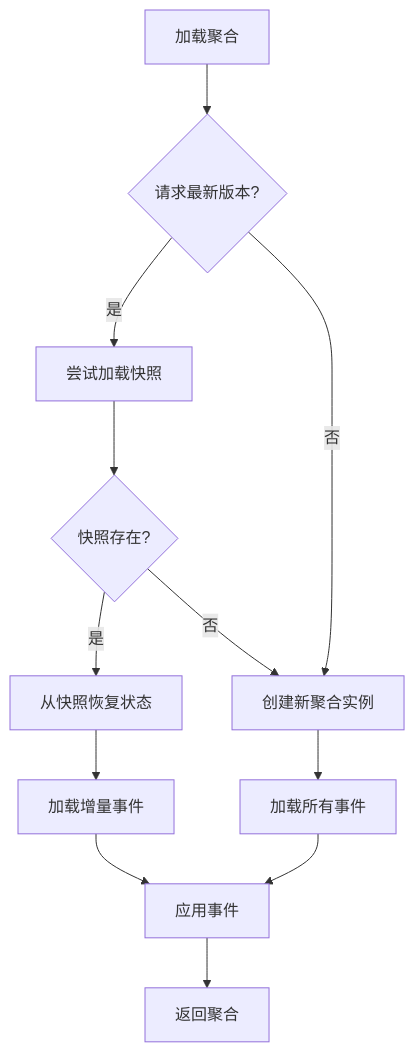
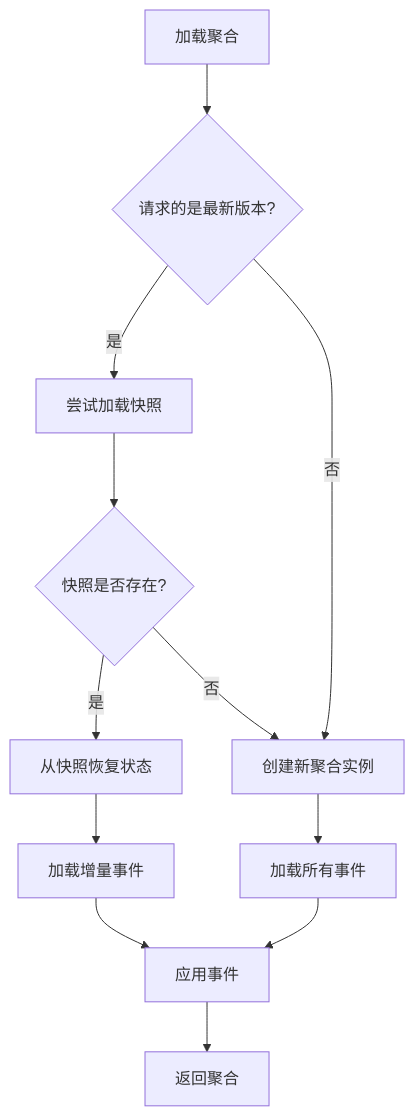
One commit to Ahoo-Wang/Wow changed the first of 4 diagrams in documentation/docs/zh/guide/eventstore.md. Above: the diagram before and after it, drawn with Mermaid. The commit also changed other lines of this file and 96 other files, not shown here.

First line of the commit message:
docs: restructure documentation into three-layer progressive architecture (#2622)

````diff
--- a/documentation/docs/zh/guide/eventstore.md
+++ b/documentation/docs/zh/guide/eventstore.md
@@ -147,14 +73,14 @@
 ```mermaid
 flowchart TD
-    A[加载聚合] --> B{请求最新版本?}
+    A[加载聚合] --> B{请求的是最新版本?}
     B -->|是| C[尝试加载快照]
     B -->|否| D[创建新聚合实例]
-    C --> E{快照存在?}
+    C --> E{快照是否存在?}
     E -->|是| F[从快照恢复状态]
     E -->|否| D
     F --> G[加载增量事件]
     D --> H[加载所有事件]
     G --> I[应用事件]
     H --> I
     I --> J[返回聚合]
 ```
````
